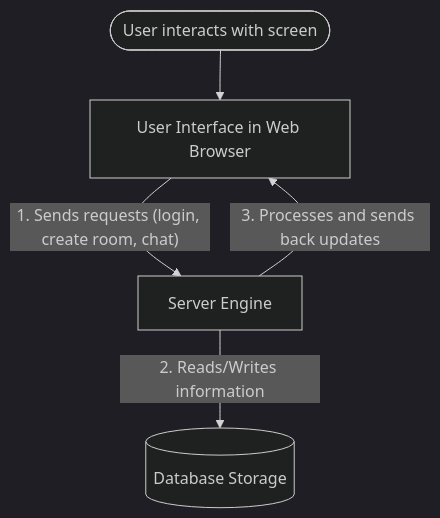
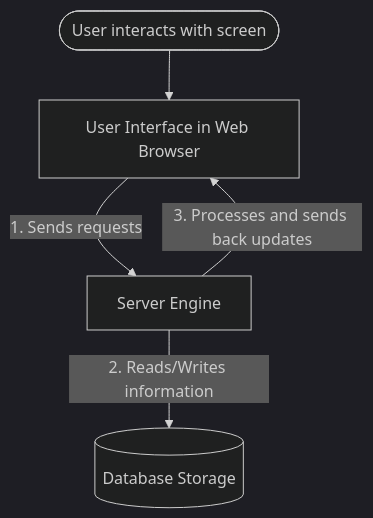
One commit to Ashishmehta108/video-app changed the first of 6 diagrams in HOW_IT_WORKS.md. Above: the diagram before and after it, drawn with Mermaid (dark theme). The commit also changed other lines of this file, not shown here.

Commit message:
Convert graph TD/LR syntax to flowchart TB/LR for compatibility

````diff
--- a/HOW_IT_WORKS.md
+++ b/HOW_IT_WORKS.md
@@ -21,7 +21,7 @@
 ```mermaid
-graph TD
+flowchart TB
     User([User interacts with screen]) --> UI[User Interface in Web Browser]
-    UI -- "1. Sends requests (login, create room, chat)" --> Server[Server Engine]
+    UI -- "1. Sends requests" --> Server[Server Engine]
     Server -- "2. Reads/Writes information" --> Database[(Database Storage)]
     Server -- "3. Processes and sends back updates" --> UI
 ```
````
